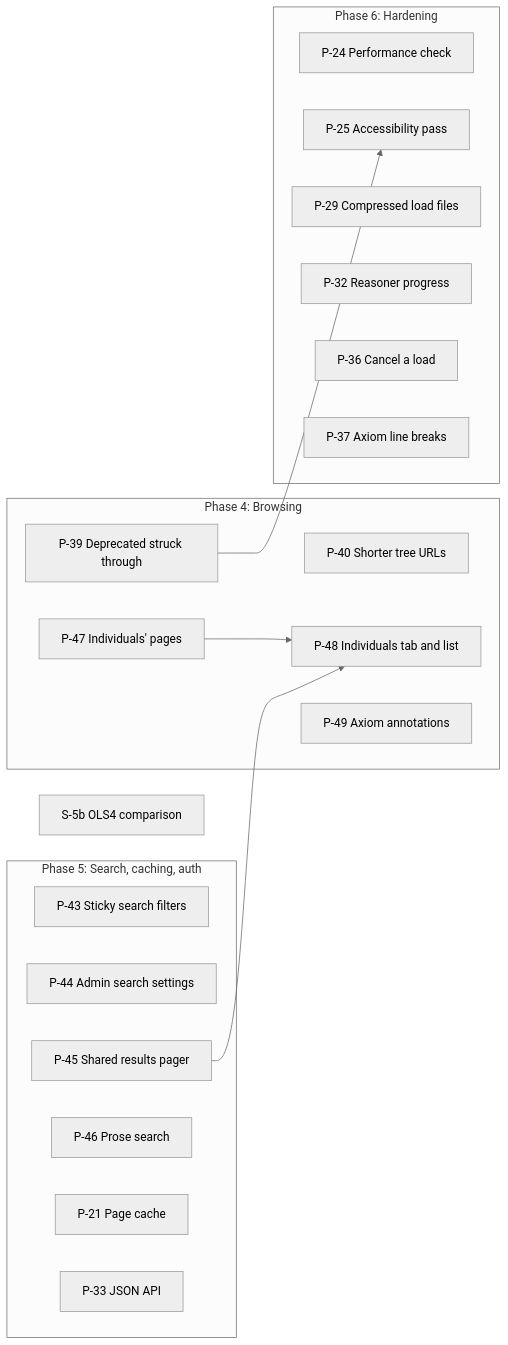
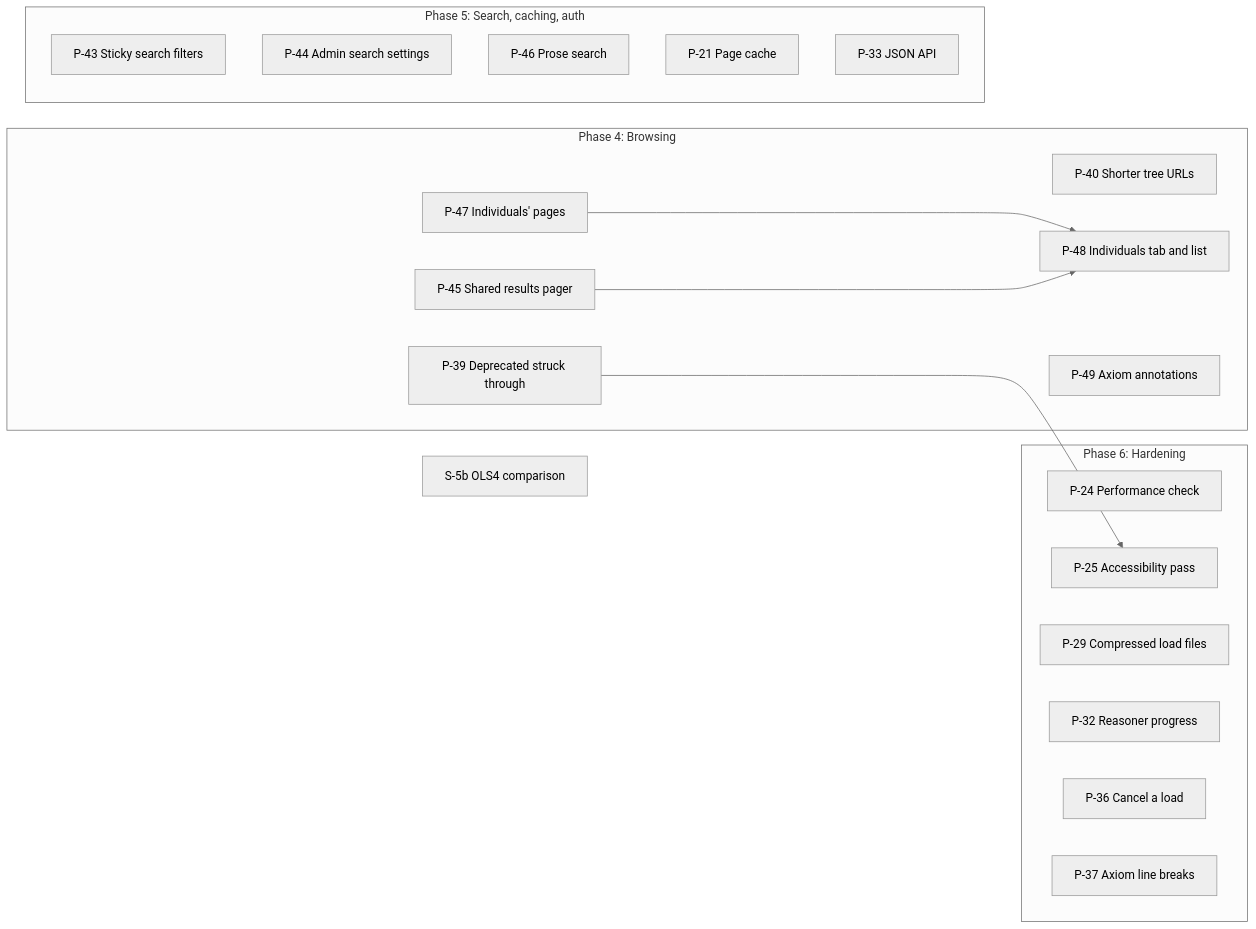
One commit to jclerman/browl changed the diagram in docs/DESIGN.md. Above: the diagram before and after it, drawn with Mermaid (neutral theme). The commit also changed other lines of this file, not shown here.

````diff
--- a/docs/DESIGN.md
+++ b/docs/DESIGN.md
@@ -2184,31 +2184,31 @@
 ```mermaid
 flowchart LR
     subgraph P4["Phase 4: Browsing"]
         P39["P-39 Deprecated struck through"]
         P40["P-40 Shorter tree URLs"]
+        P45["P-45 Shared results pager"]
         P47["P-47 Individuals' pages"]
         P48["P-48 Individuals tab and list"]
         P49["P-49 Axiom annotations"]
     end
     subgraph P5["Phase 5: Search, caching, auth"]
         P43["P-43 Sticky search filters"]
         P44["P-44 Admin search settings"]
-        P45["P-45 Shared results pager"]
         P46["P-46 Prose search"]
         P21["P-21 Page cache"]
         P33["P-33 JSON API"]
     end
     subgraph P6["Phase 6: Hardening"]
         P24["P-24 Performance check"]
         P25["P-25 Accessibility pass"]
         P29["P-29 Compressed load files"]
         P32["P-32 Reasoner progress"]
         P36["P-36 Cancel a load"]
         P37["P-37 Axiom line breaks"]
     end
     S5b["S-5b OLS4 comparison"]
 
     P39 --> P25
     P47 --> P48
     P45 --> P48
 ```
````
